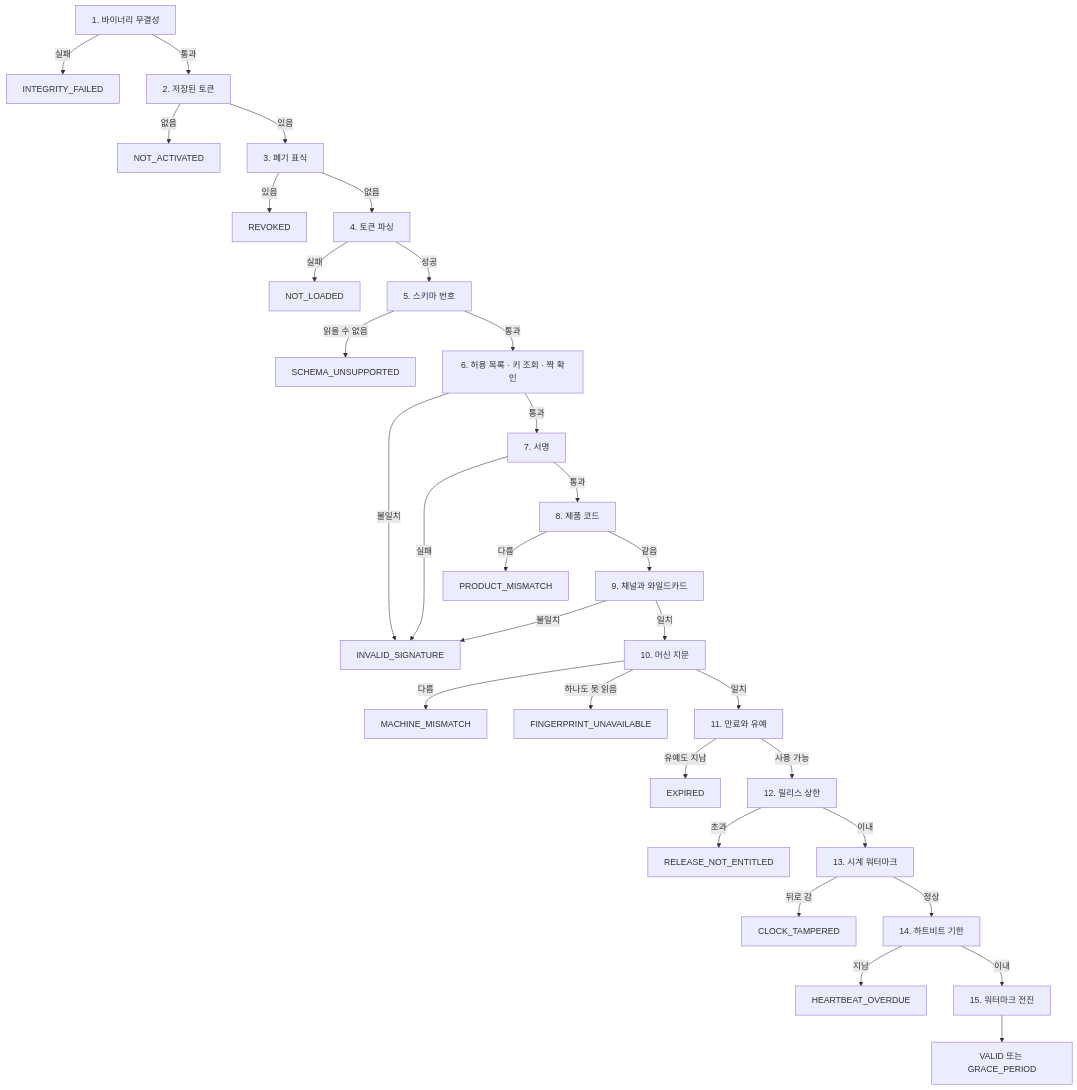
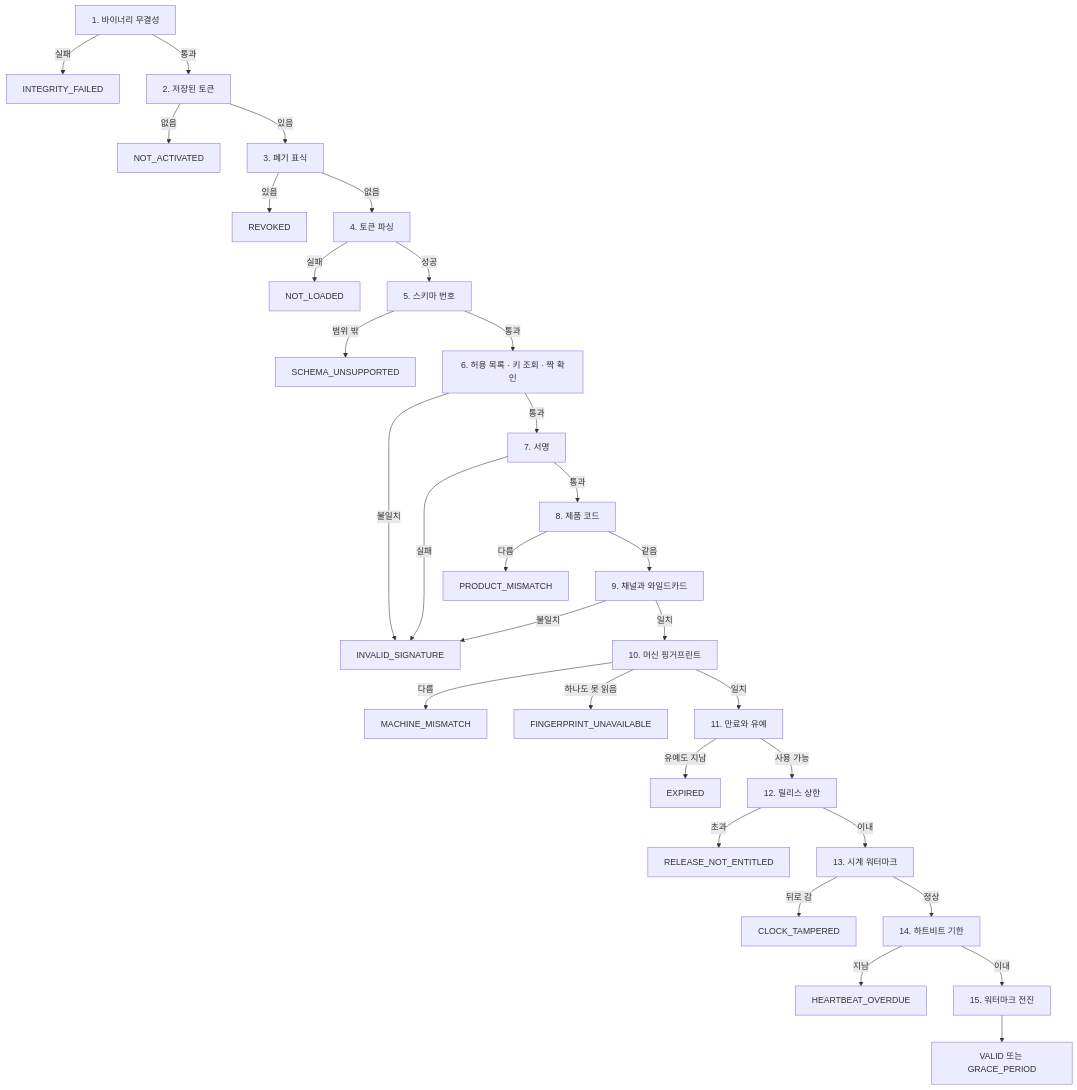
One commit to accesscore-dev/accesscore-license-sdk-dist changed the fifth of 7 diagrams in docs/manual/ko/concepts.md. Above: the diagram before and after it, drawn with Mermaid. The commit also changed other lines of this file and 26 other files, not shown here.

````diff
--- a/docs/manual/ko/concepts.md
+++ b/docs/manual/ko/concepts.md
@@ -214,33 +216,33 @@
 ```mermaid
 flowchart TD
     A[1. 바이너리 무결성] -->|실패| AX[INTEGRITY_FAILED]
     A -->|통과| B[2. 저장된 토큰]
     B -->|없음| BX[NOT_ACTIVATED]
     B -->|있음| C[3. 폐기 표식]
     C -->|있음| CX[REVOKED]
     C -->|없음| D[4. 토큰 파싱]
     D -->|실패| DX[NOT_LOADED]
     D -->|성공| E[5. 스키마 번호]
-    E -->|읽을 수 없음| EX[SCHEMA_UNSUPPORTED]
+    E -->|범위 밖| EX[SCHEMA_UNSUPPORTED]
     E -->|통과| F[6. 허용 목록 · 키 조회 · 짝 확인]
     F -->|불일치| FX[INVALID_SIGNATURE]
     F -->|통과| G[7. 서명]
     G -->|실패| FX
     G -->|통과| H[8. 제품 코드]
     H -->|다름| HX[PRODUCT_MISMATCH]
     H -->|같음| I[9. 채널과 와일드카드]
     I -->|불일치| FX
-    I -->|일치| J[10. 머신 지문]
+    I -->|일치| J[10. 머신 핑거프린트]
     J -->|다름| JX[MACHINE_MISMATCH]
     J -->|하나도 못 읽음| JY[FINGERPRINT_UNAVAILABLE]
     J -->|일치| K[11. 만료와 유예]
     K -->|유예도 지남| KX[EXPIRED]
     K -->|사용 가능| L[12. 릴리스 상한]
     L -->|초과| LX[RELEASE_NOT_ENTITLED]
     L -->|이내| M[13. 시계 워터마크]
     M -->|뒤로 감| MX[CLOCK_TAMPERED]
     M -->|정상| N[14. 하트비트 기한]
     N -->|지남| NX[HEARTBEAT_OVERDUE]
     N -->|이내| O[15. 워터마크 전진]
     O --> OK[VALID 또는 GRACE_PERIOD]
 ```
````
